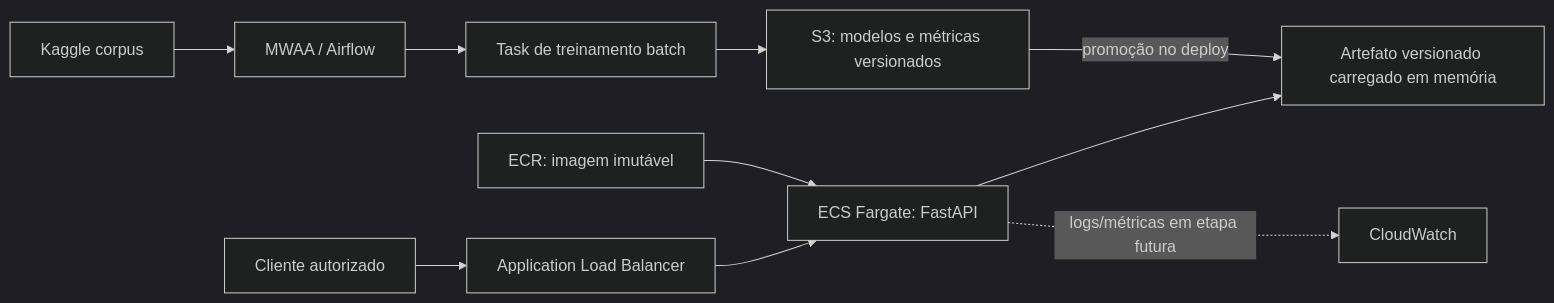
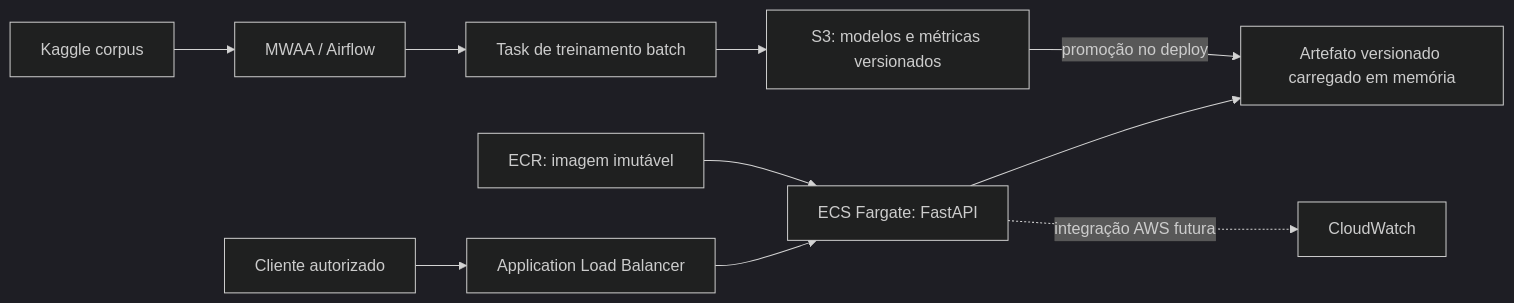
The diagram in README.md (ylevi81/MLET---Tech-Challenge-Fase-3), drawn with Mermaid (dark theme) before and after one commit. The commit also changed other lines of this file and 6 other files, not shown here.

````diff
--- a/README.md
+++ b/README.md
@@ -347,14 +402,14 @@
 ```mermaid
 flowchart LR
     U["Cliente autorizado"] --> ALB["Application Load Balancer"]
     ALB --> API["ECS Fargate: FastAPI"]
     API --> M["Artefato versionado carregado em memória"]
     S3["S3: modelos e métricas versionados"] -->|"promoção no deploy"| M
     ECR["ECR: imagem imutável"] --> API
 
     K["Kaggle corpus"] --> MWAA["MWAA / Airflow"]
     MWAA --> T["Task de treinamento batch"]
     T --> S3
 
-    API -. "logs/métricas em etapa futura" .-> CW["CloudWatch"]
+    API -. "integração AWS futura" .-> CW["CloudWatch"]
 ```
````
